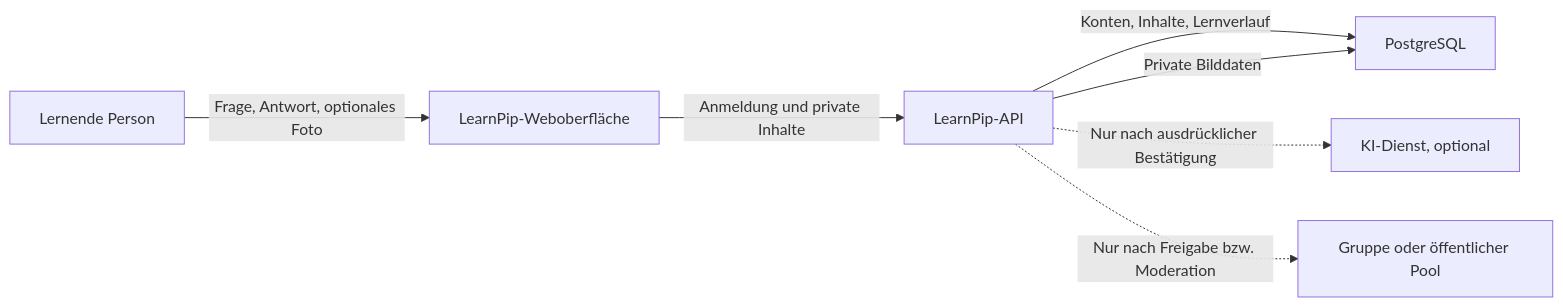
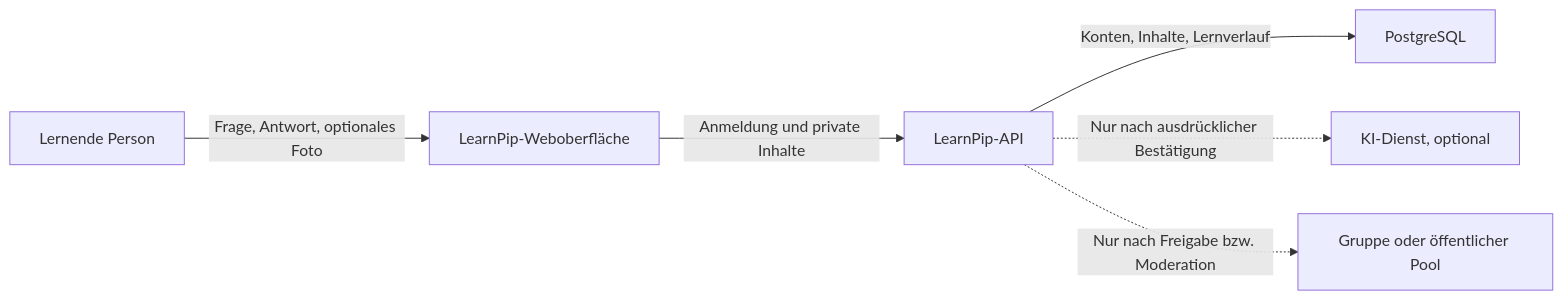
The diagram in docs/privacy/README.md (kennfarbe/LearnPip), drawn with Mermaid before and after one commit.

Commit message:
docs: correct privacy data flow and retention wording

````diff
--- a/docs/privacy/README.md
+++ b/docs/privacy/README.md
@@ -42,9 +42,8 @@
 ```mermaid
 flowchart LR
   learner["Lernende Person"] -->|"Frage, Antwort, optionales Foto"| web["LearnPip-Weboberfläche"]
   web -->|"Anmeldung und private Inhalte"| api["LearnPip-API"]
   api -->|"Konten, Inhalte, Lernverlauf"| db["PostgreSQL"]
-  api -->|"Private Bilddaten"| db
   api -.->|"Nur nach ausdrücklicher Bestätigung"| ai["KI-Dienst, optional"]
   api -.->|"Nur nach Freigabe bzw. Moderation"| group["Gruppe oder öffentlicher Pool"]
 ```
````
